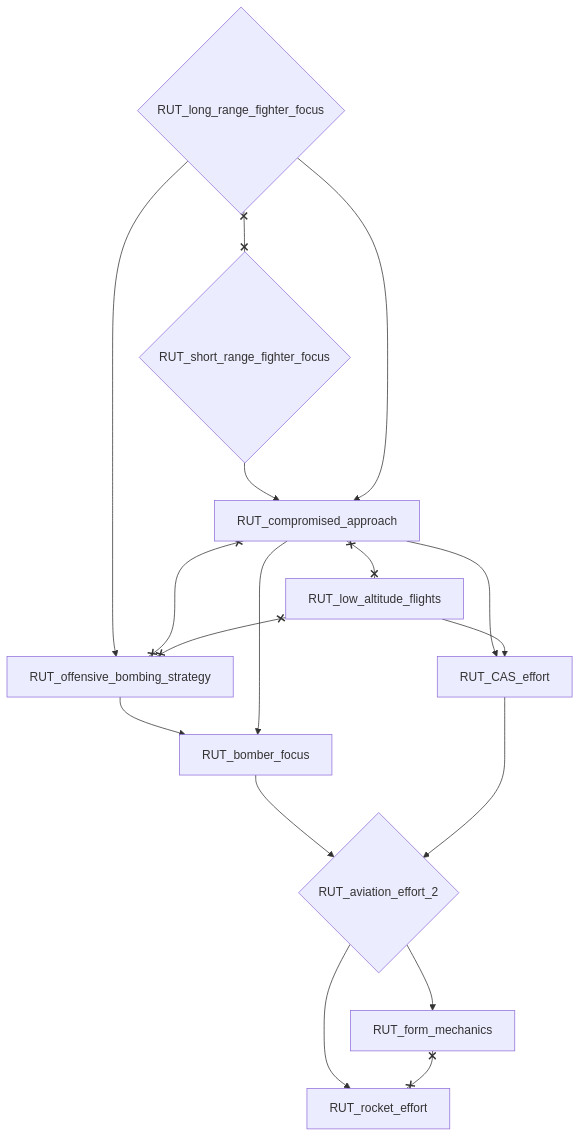
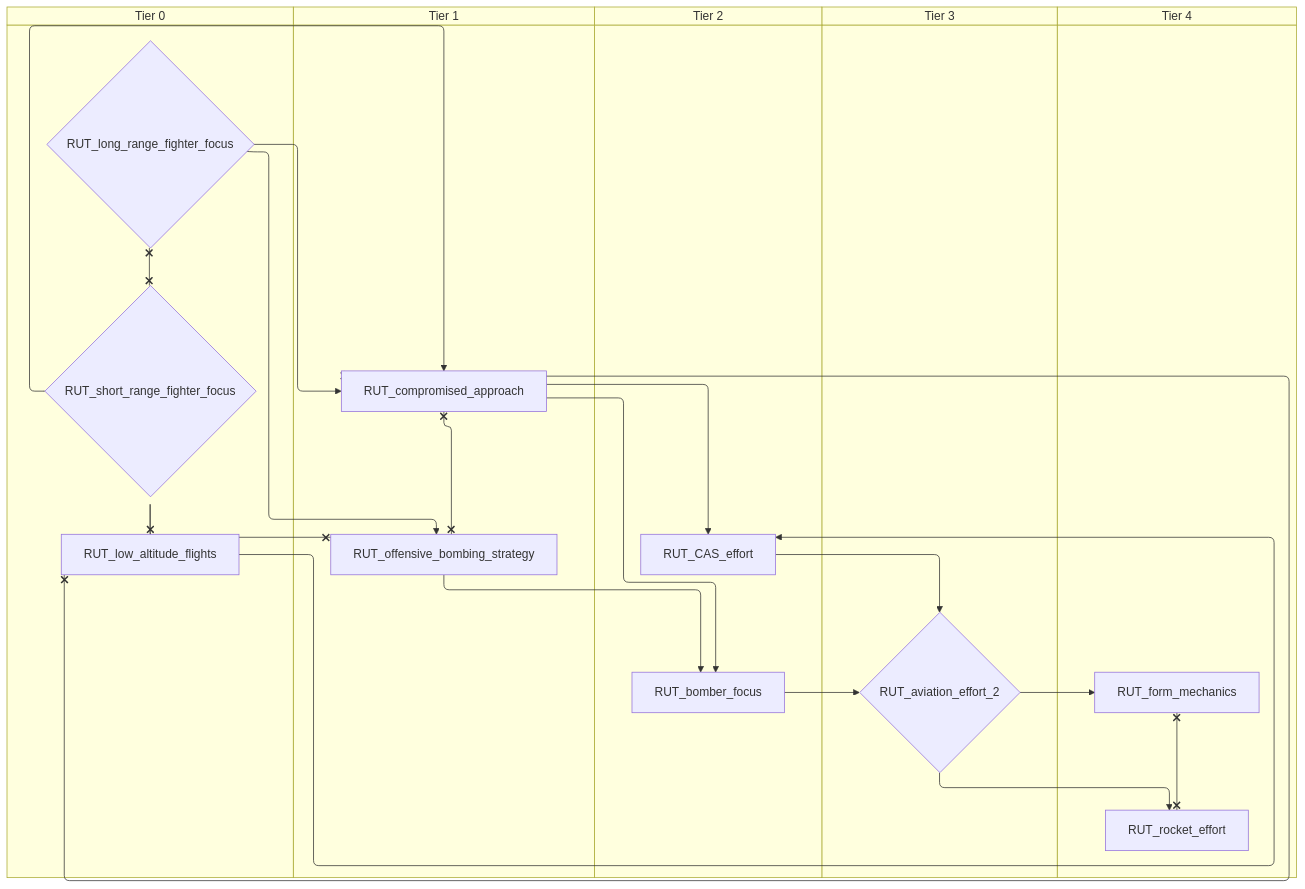
The sixth of 8 diagrams in docs/gdd/National Focuses/r56/ruthenia.md (evgeny-sobol/hoi4-sandbox-mode-r56), drawn with Mermaid before and after one commit. The commit also changed other lines of this file and 423 other files, not shown here.

First line of the commit message:
Re-export Rt56 focus trees as swimlane diagrams

````diff
--- a/docs/gdd/National Focuses/r56/ruthenia.md
+++ b/docs/gdd/National Focuses/r56/ruthenia.md
@@ -334,29 +390,39 @@
 ```mermaid
-flowchart TD
-    n88["RUT_CAS_effort"]
-    n89{"RUT_aviation_effort_2"}
-    n90["RUT_bomber_focus"]
-    n91["RUT_compromised_approach"]
-    n92["RUT_form_mechanics"]
-    n93{"RUT_long_range_fighter_focus"}
-    n94["RUT_low_altitude_flights"]
-    n95["RUT_offensive_bombing_strategy"]
-    n96["RUT_rocket_effort"]
-    n97{"RUT_short_range_fighter_focus"}
-    n91 --> n88
-    n94 --> n88
-    n90 --> n89
-    n88 --> n89
-    n95 --> n90
-    n91 --> n90
-    n97 --> n91
-    n93 --> n91
-    n89 --> n92
+swimlane-beta TD
+    subgraph tier_0["Tier 0"]
+        n88{"RUT_long_range_fighter_focus"}
+        n89["RUT_low_altitude_flights"]
+        n90{"RUT_short_range_fighter_focus"}
+    end
+    subgraph tier_1["Tier 1"]
+        n91["RUT_compromised_approach"]
+        n92["RUT_offensive_bombing_strategy"]
+    end
+    subgraph tier_2["Tier 2"]
+        n93["RUT_CAS_effort"]
+        n94["RUT_bomber_focus"]
+    end
+    subgraph tier_3["Tier 3"]
+        n95{"RUT_aviation_effort_2"}
+    end
+    subgraph tier_4["Tier 4"]
+        n96["RUT_form_mechanics"]
+        n97["RUT_rocket_effort"]
+    end
+    n91 --> n93
+    n89 --> n93
+    n94 --> n95
     n93 --> n95
-    n89 --> n96
-    n91 x--x n94
-    n91 x--x n95
-    n92 x--x n96
-    n93 x--x n97
-    n94 x--x n95
+    n92 --> n94
+    n91 --> n94
+    n90 --> n91
+    n88 --> n91
+    n95 --> n96
+    n88 --> n92
+    n95 --> n97
+    n91 x--x n89
+    n91 x--x n92
+    n96 x--x n97
+    n88 x--x n90
+    n89 x--x n92
 ```
````
